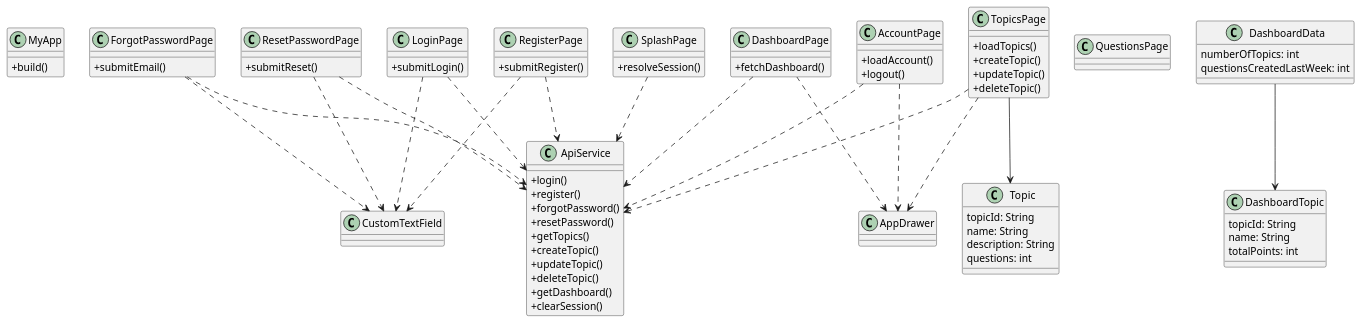
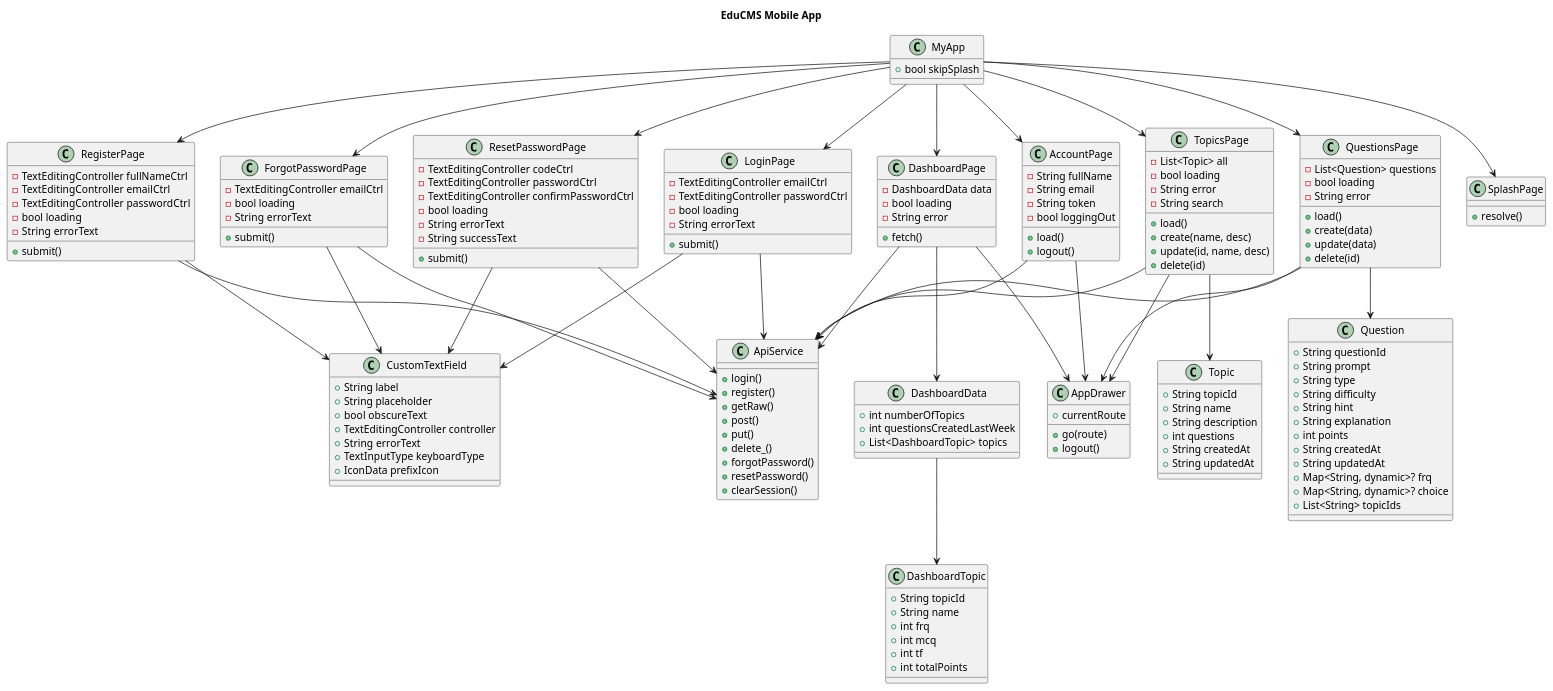
One commit to LuizGomes56/poosd_final_project changed the diagram in docs/class_diagram.puml. Above: the diagram before and after it, drawn with PlantUML. The commit also changed 1 other file, not shown here.

Commit message:
update class diagram

```diff
--- a/docs/class_diagram.puml
+++ b/docs/class_diagram.puml
@@ -1,126 +1,188 @@
 @startuml
-skinparam classAttributeIconSize 0
+title EduCMS Mobile App
 
-' =========================
-' CORE
-' =========================
 class MyApp {
-  + build()
+  +bool skipSplash
 }
 
-' =========================
-' AUTH PAGES
-' =========================
 class LoginPage {
-  + submitLogin()
+  -TextEditingController emailCtrl
+  -TextEditingController passwordCtrl
+  -bool loading
+  -String errorText
+  +submit()
 }
 
 class RegisterPage {
-  + submitRegister()
+  -TextEditingController fullNameCtrl
+  -TextEditingController emailCtrl
+  -TextEditingController passwordCtrl
+  -bool loading
+  -String errorText
+  +submit()
 }
 
 class ForgotPasswordPage {
-  + submitEmail()
+  -TextEditingController emailCtrl
+  -bool loading
+  -String errorText
+  +submit()
 }
 
 class ResetPasswordPage {
-  + submitReset()
+  -TextEditingController codeCtrl
+  -TextEditingController passwordCtrl
+  -TextEditingController confirmPasswordCtrl
+  -bool loading
+  -String errorText
+  -String successText
+  +submit()
 }
 
 class SplashPage {
-  + resolveSession()
+  +resolve()
 }
 
-' =========================
-' MAIN PAGES
-' =========================
 class DashboardPage {
-  + fetchDashboard()
+  -DashboardData data
+  -bool loading
+  -String error
+  +fetch()
 }
 
 class TopicsPage {
-  + loadTopics()
-  + createTopic()
-  + updateTopic()
-  + deleteTopic()
+  -List<Topic> all
+  -bool loading
+  -String error
+  -String search
+  +load()
+  +create(name, desc)
+  +update(id, name, desc)
+  +delete(id)
+}
+
+class QuestionsPage {
+  -List<Question> questions
+  -bool loading
+  -String error
+  +load()
+  +create(data)
+  +update(data)
+  +delete(id)
 }
 
 class AccountPage {
-  + loadAccount()
-  + logout()
+  -String fullName
+  -String email
+  -String token
+  -bool loggingOut
+  +load()
+  +logout()
 }
 
-class QuestionsPage
-
-' =========================
-' MODELS
-' =========================
 class Topic {
-  topicId: String
-  name: String
-  description: String
-  questions: int
+  +String topicId
+  +String name
+  +String description
+  +int questions
+  +String createdAt
+  +String updatedAt
 }
 
 class DashboardTopic {
-  topicId: String
-  name: String
-  totalPoints: int
+  +String topicId
+  +String name
+  +int frq
+  +int mcq
+  +int tf
+  +int totalPoints
 }
 
 class DashboardData {
-  numberOfTopics: int
-  questionsCreatedLastWeek: int
+  +int numberOfTopics
+  +int questionsCreatedLastWeek
+  +List<DashboardTopic> topics
 }
 
-' =========================
-' SERVICES
-' =========================
-class ApiService {
-  + login()
-  + register()
-  + forgotPassword()
-  + resetPassword()
-  + getTopics()
-  + createTopic()
-  + updateTopic()
-  + deleteTopic()
-  + getDashboard()
-  + clearSession()
+class Question {
+  +String questionId
+  +String prompt
+  +String type
+  +String difficulty
+  +String hint
+  +String explanation
+  +int points
+  +String createdAt
+  +String updatedAt
+  +Map<String, dynamic>? frq
+  +Map<String, dynamic>? choice
+  +List<String> topicIds
 }
 
-' =========================
-' SHARED UI
-' =========================
-class AppDrawer
-class CustomTextField
+class AppDrawer {
+  +currentRoute
+  +go(route)
+  +logout()
+}
 
-' =========================
-' RELATIONSHIPS
-' =========================
+class CustomTextField {
+  +String label
+  +String placeholder
+  +bool obscureText
+  +TextEditingController controller
+  +String errorText
+  +TextInputType keyboardType
+  +IconData prefixIcon
+}
 
-' Service usage
-LoginPage ..> ApiService
-RegisterPage ..> ApiService
-ForgotPasswordPage ..> ApiService
-ResetPasswordPage ..> ApiService
-TopicsPage ..> ApiService
-DashboardPage ..> ApiService
-AccountPage ..> ApiService
-SplashPage ..> ApiService
+class ApiService {
+  +login()
+  +register()
+  +getRaw()
+  +post()
+  +put()
+  +delete_()
+  +forgotPassword()
+  +resetPassword()
+  +clearSession()
+}
 
-' Model relationships
+MyApp --> LoginPage
+MyApp --> RegisterPage
+MyApp --> SplashPage
+MyApp --> DashboardPage
+MyApp --> TopicsPage
+MyApp --> QuestionsPage
+MyApp --> AccountPage
+MyApp --> ForgotPasswordPage
+MyApp --> ResetPasswordPage
+
+' Drawer usage
+DashboardPage --> AppDrawer
+TopicsPage --> AppDrawer
+QuestionsPage --> AppDrawer
+AccountPage --> AppDrawer
+
+' API usage
+LoginPage --> ApiService
+RegisterPage --> ApiService
+ForgotPasswordPage --> ApiService
+ResetPasswordPage --> ApiService
+DashboardPage --> ApiService
+TopicsPage --> ApiService
+QuestionsPage --> ApiService
+AccountPage --> ApiService
+
+' Models
+TopicsPage --> Topic
+DashboardPage --> DashboardData
 DashboardData --> DashboardTopic
-TopicsPage --> Topic
+QuestionsPage --> Question
 
-' Shared UI usage
-DashboardPage ..> AppDrawer
-TopicsPage ..> AppDrawer
-AccountPage ..> AppDrawer
-
-LoginPage ..> CustomTextField
-RegisterPage ..> CustomTextField
-ForgotPasswordPage ..> CustomTextField
-ResetPasswordPage ..> CustomTextField
+' Widgets
+LoginPage --> CustomTextField
+RegisterPage --> CustomTextField
+ForgotPasswordPage --> CustomTextField
+ResetPasswordPage --> CustomTextField
 
 @enduml
```
